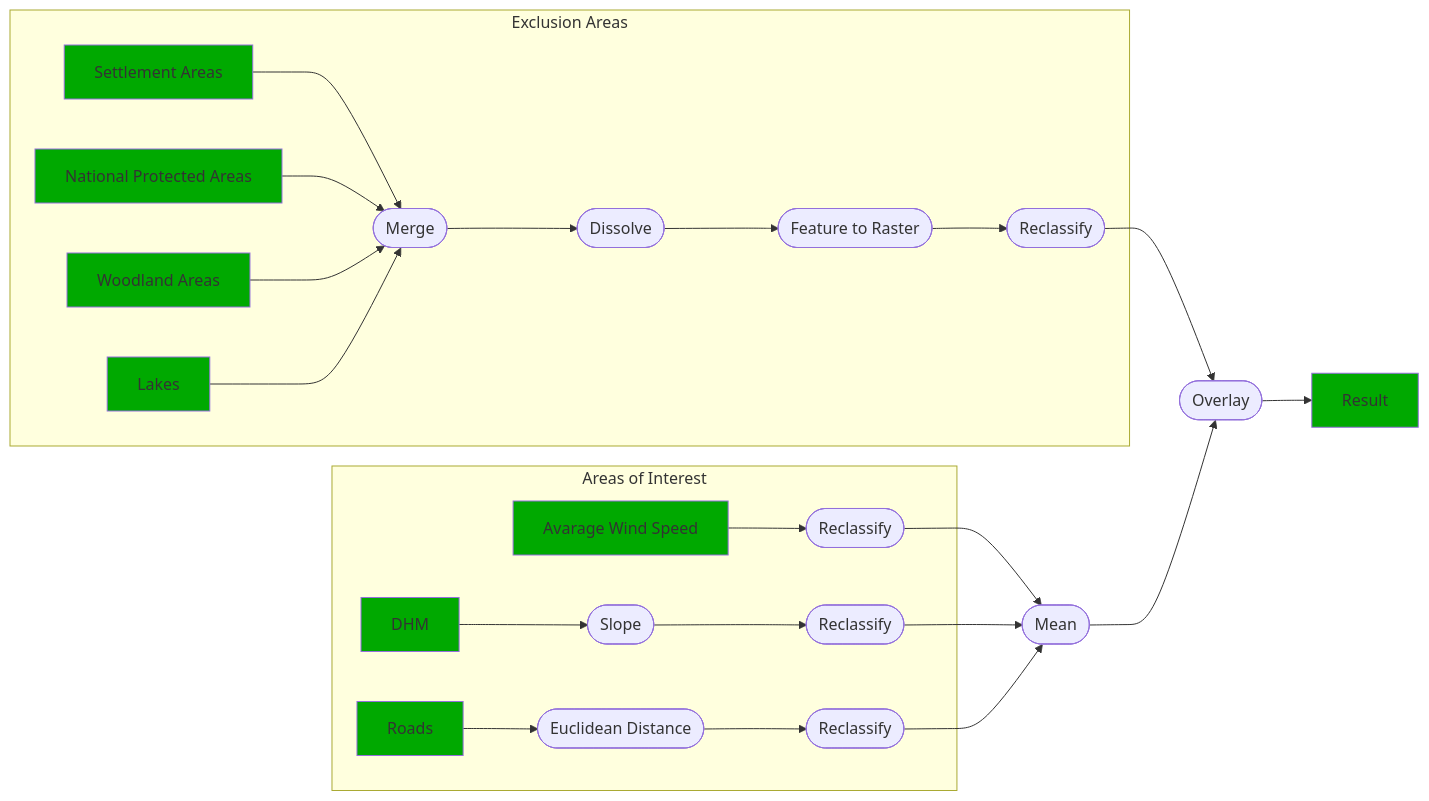
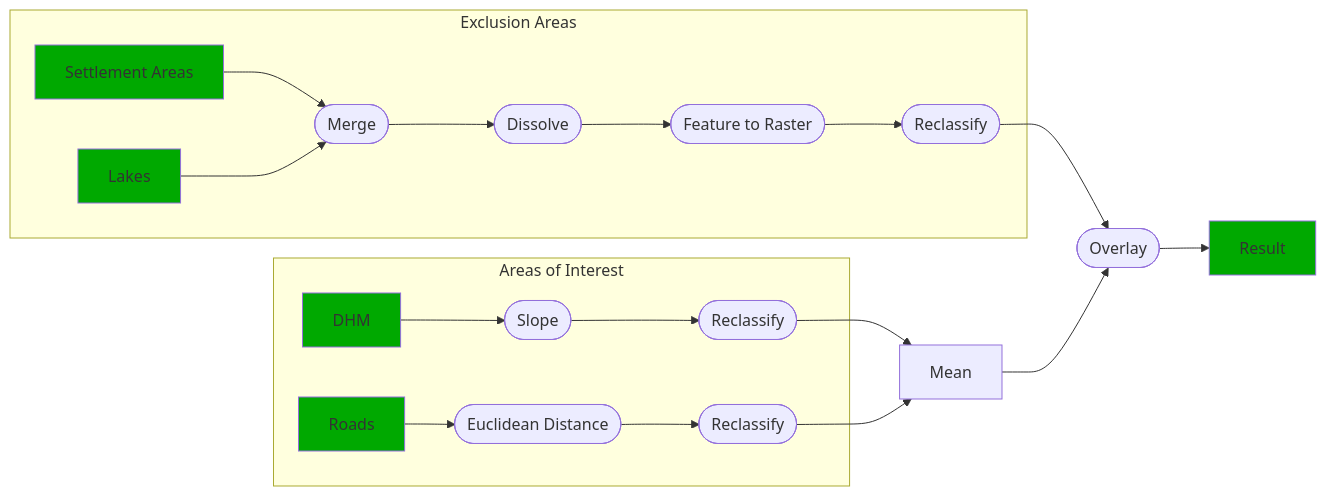
Before and after one commit to remote-sensing-zhaw/QGIS-introduction: the diagram in images/mermaid-overview.mmd, drawn with Mermaid. The commit also changed 11 other files, not shown here.

```diff
--- a/images/mermaid-overview.mmd
+++ b/images/mermaid-overview.mmd
@@ -1,24 +1,24 @@
 
 graph LR
     subgraph Exclusion Areas
     0A["Settlement Areas"] --> 9A(["Merge"])
-    1A["National Protected Areas"] --> 9A
-    2A["Woodland Areas"] -->9A 
+    %% 1A["National Protected Areas"] --> 9A
+    %% 2A["Woodland Areas"] -->9A 
     3A["Lakes"] --> 9A
     9A --> 9B(["Dissolve"]) --> 9C(["Feature to Raster"]) --> 9D(["Reclassify"])
     end
     subgraph Areas of Interest
-    7A["Avarage Wind Speed"] --> 8C(["Reclassify"])
+    %% 7A["Avarage Wind Speed"] --> 8C(["Reclassify"])
     5A["DHM"] --> 6B(["Slope"]) --> 6C(["Reclassify"])
     4A["Roads"] --> 5B(["Euclidean Distance"]) --> 5C(["Reclassify"])
     end
 
-    8C --> X(["Mean"])
-    6C --> X
+    %% 8C --> X(["Mean"])
+    6C --> X["Mean"]
     5C --> X
 
     9D --> 10A(["Overlay"])
     X --> 10A --> 100A["Result"]
 
     classDef dataset fill:#00a900
     class 0A,1A,2A,3A,4A,5A,6A,7A,100A dataset;
```
